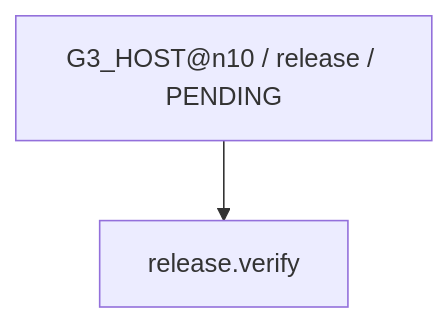
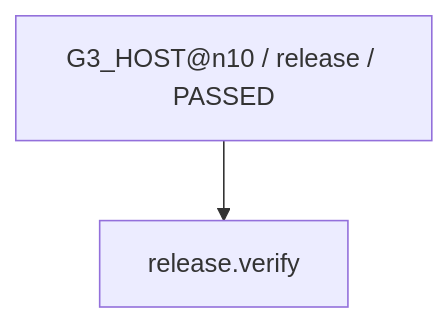
Diagram 27 of 30 in work/items/W-MATH-034-n09-n10-guided-design/generated/CAPABILITY_FIRE_DIAGRAM.md (rrikunagasige-dot/kyotsu-step-web), drawn with Mermaid before and after one commit. The commit also changed other lines of this file and 43 other files, not shown here.

Commit message:
docs: save public two-unit evidence and current workflow diagrams [skip ci]

````diff
--- a/work/items/W-MATH-034-n09-n10-guided-design/generated/CAPABILITY_FIRE_DIAGRAM.md
+++ b/work/items/W-MATH-034-n09-n10-guided-design/generated/CAPABILITY_FIRE_DIAGRAM.md
@@ -425,6 +425,6 @@
 ```mermaid
 flowchart TD
-  N0["G3_HOST@n10 / release / PENDING"]
+  N0["G3_HOST@n10 / release / PASSED"]
   N1["release.verify"]
   N0 --> N1
 ```
````
